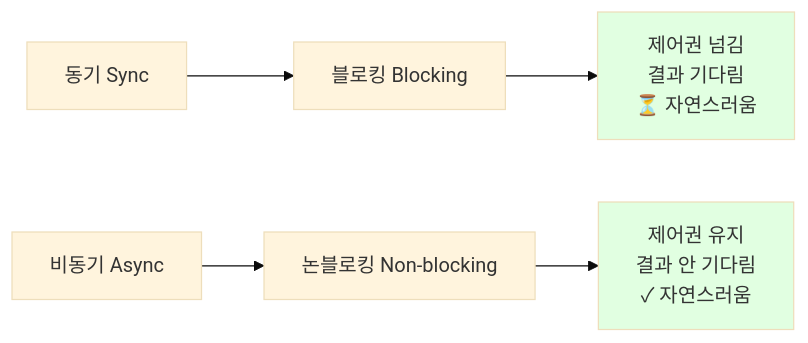
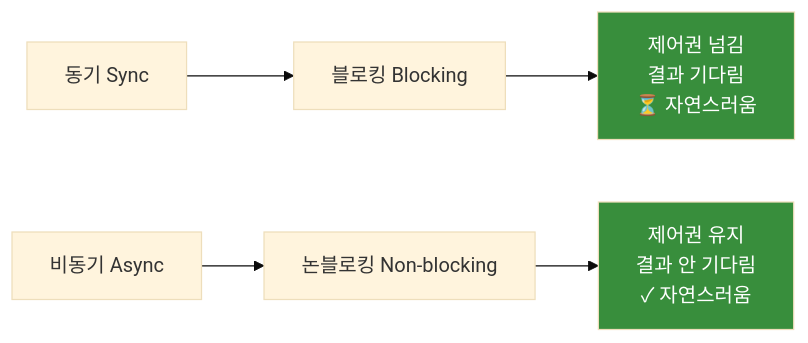
One commit to sskim91/TIL changed the fourth of 14 diagrams in computer-science/동기-비동기-블로킹-논블로킹.md. Above: the diagram before and after it, drawn with Mermaid (base theme). The commit also changed other lines of this file and 1 other file, not shown here.

````diff
--- a/computer-science/동기-비동기-블로킹-논블로킹.md
+++ b/computer-science/동기-비동기-블로킹-논블로킹.md
@@ -291,11 +291,11 @@
 ```mermaid
 graph LR
     A[동기 Sync] --> B[블로킹 Blocking]
     C[비동기 Async] --> D[논블로킹 Non-blocking]
 
     B --> E["제어권 넘김<br/>결과 기다림<br/>⏳ 자연스러움"]
     D --> F["제어권 유지<br/>결과 안 기다림<br/>✓ 자연스러움"]
 
-    style E fill:#e1ffe1
-    style F fill:#e1ffe1
+    style E fill:#388E3C,color:#fff
+    style F fill:#388E3C,color:#fff
 ```
````
